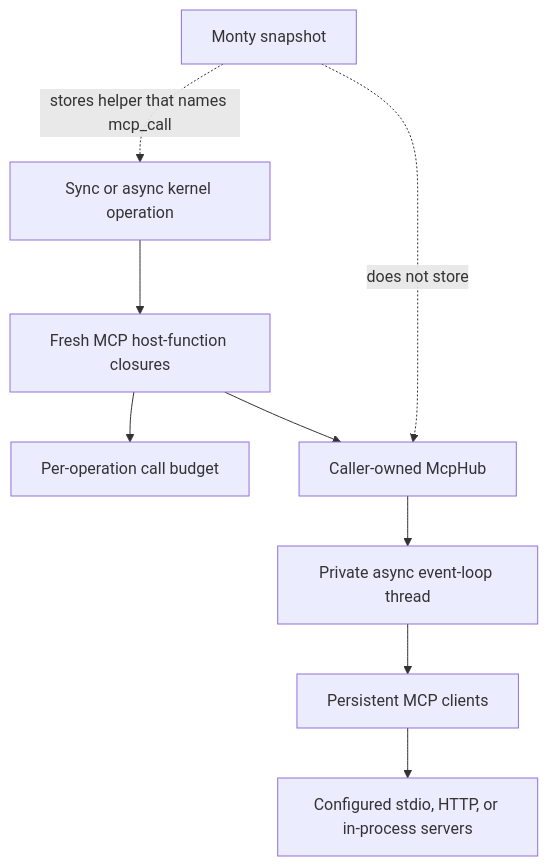
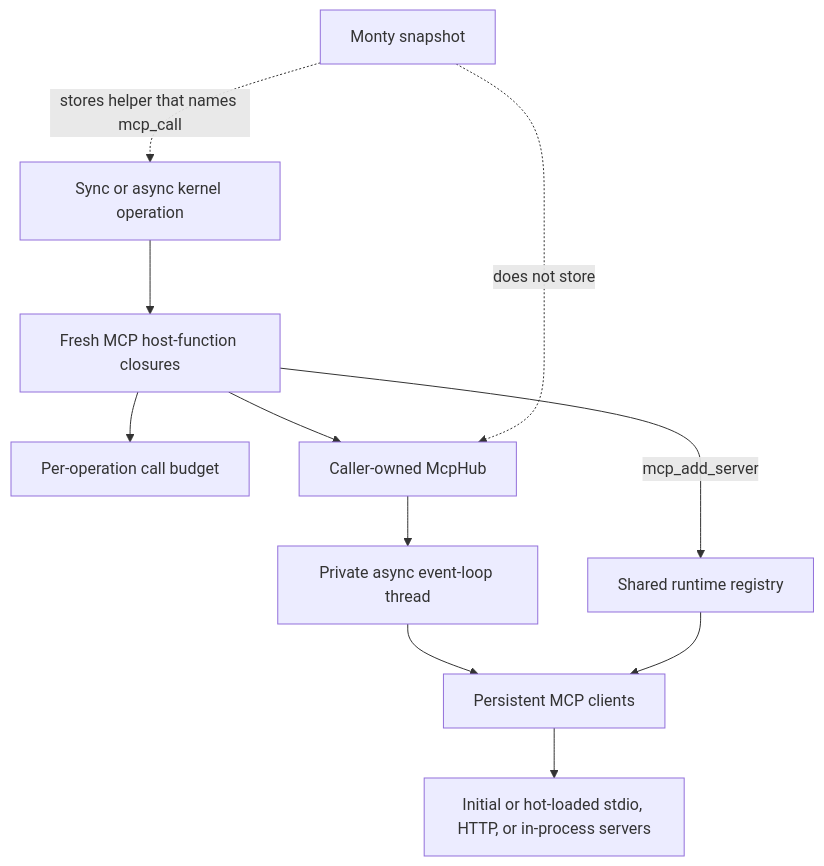
One commit to sgaseretto/arenero changed the third of 6 diagrams in docs/design-decisions.md. Above: the diagram before and after it, drawn with Mermaid. The commit also changed other lines of this file and 18 other files, not shown here.

````diff
--- a/docs/design-decisions.md
+++ b/docs/design-decisions.md
@@ -59,11 +101,13 @@
 ```mermaid
 flowchart TB
     Kernel["Sync or async kernel operation"] --> Functions["Fresh MCP host-function closures"]
     Functions --> Budget["Per-operation call budget"]
     Functions --> Hub["Caller-owned McpHub"]
     Hub --> Loop["Private async event-loop thread"]
     Loop --> Clients["Persistent MCP clients"]
-    Clients --> Servers["Configured stdio, HTTP, or in-process servers"]
+    Clients --> Servers["Initial or hot-loaded stdio, HTTP, or in-process servers"]
+    Functions -->|mcp_add_server| Registry["Shared runtime registry"]
+    Registry --> Clients
     Snapshot["Monty snapshot"] -. stores helper that names mcp_call .-> Kernel
 Snapshot -. does not store .-> Hub
 ```
````
